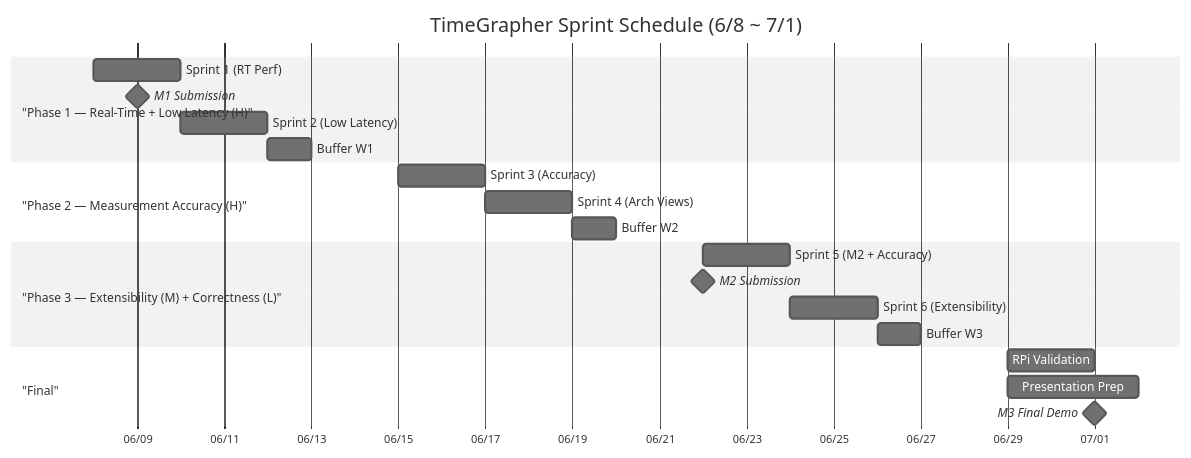
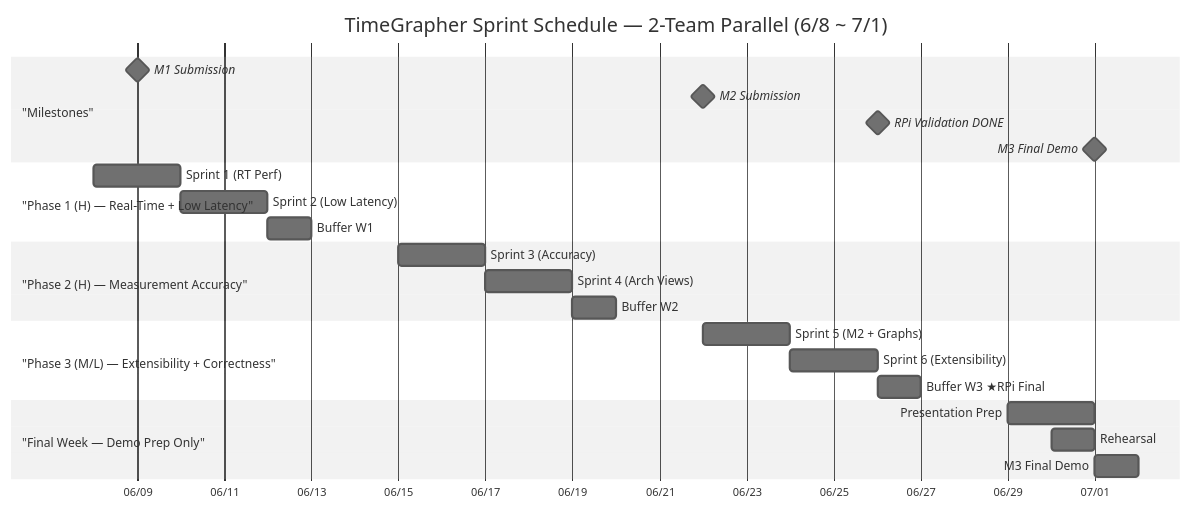
The first of 2 diagrams in docs/milestone1/project-plan.md (Ji-Min-Lee/2026-3-sw-architect-studio-project), drawn with Mermaid (neutral theme) before and after one commit. The commit also changed other lines of this file, not shown here.

First line of the commit message:
docs(m1): restructure sprint plan with 2-team parallel tracks and RPi validation by 6/26

````diff
--- a/docs/milestone1/project-plan.md
+++ b/docs/milestone1/project-plan.md
@@ -180,28 +184,32 @@
 ```mermaid
 gantt
-    title TimeGrapher Sprint Schedule (6/8 ~ 7/1)
+    title TimeGrapher Sprint Schedule — 2-Team Parallel (6/8 ~ 7/1)
     dateFormat  YYYY-MM-DD
     axisFormat  %m/%d
 
-    section "Phase 1 — Real-Time + Low Latency (H)"
+    section "Milestones"
+    M1 Submission          :milestone, m1, 2026-06-09, 0d
+    M2 Submission          :milestone, m2, 2026-06-22, 0d
+    RPi Validation DONE    :milestone, rpidone, 2026-06-26, 0d
+    M3 Final Demo          :milestone, m3, 2026-07-01, 0d
+
+    section "Phase 1 (H) — Real-Time + Low Latency"
     Sprint 1 (RT Perf)     :s1, 2026-06-08, 2d
-    M1 Submission          :milestone, m1, 2026-06-09, 0d
     Sprint 2 (Low Latency) :s2, 2026-06-10, 2d
     Buffer W1              :buf1, 2026-06-12, 1d
 
-    section "Phase 2 — Measurement Accuracy (H)"
+    section "Phase 2 (H) — Measurement Accuracy"
     Sprint 3 (Accuracy)    :s3, 2026-06-15, 2d
     Sprint 4 (Arch Views)  :s4, 2026-06-17, 2d
     Buffer W2              :buf2, 2026-06-19, 1d
 
-    section "Phase 3 — Extensibility (M) + Correctness (L)"
-    Sprint 5 (M2 + Accuracy):s5, 2026-06-22, 2d
-    M2 Submission          :milestone, m2, 2026-06-22, 0d
+    section "Phase 3 (M/L) — Extensibility + Correctness"
+    Sprint 5 (M2 + Graphs) :s5, 2026-06-22, 2d
     Sprint 6 (Extensibility):s6, 2026-06-24, 2d
-    Buffer W3              :buf3, 2026-06-26, 1d
+    Buffer W3 ★RPi Final   :buf3, 2026-06-26, 1d
 
-    section "Final"
-    RPi Validation         :fv, 2026-06-29, 2d
-    Presentation Prep      :pp, 2026-06-29, 3d
-    M3 Final Demo          :milestone, m3, 2026-07-01, 0d
+    section "Final Week — Demo Prep Only"
+    Presentation Prep      :pp, 2026-06-29, 2d
+    Rehearsal              :rh, 2026-06-30, 1d
+    M3 Final Demo          :demo, 2026-07-01, 1d
 ```
````
